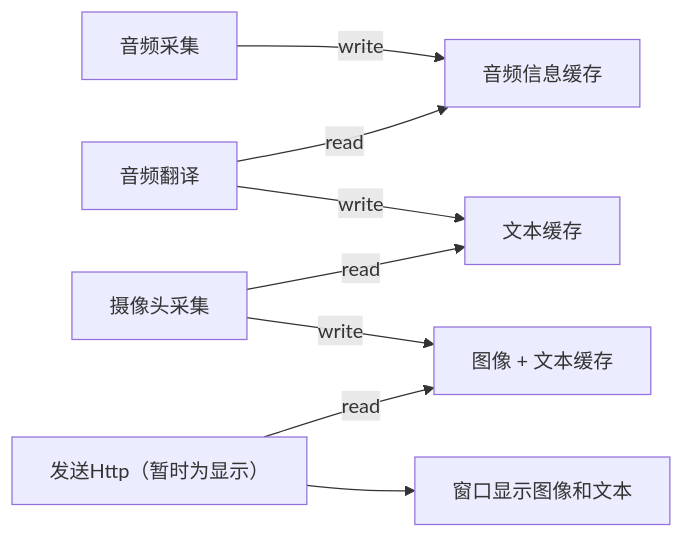
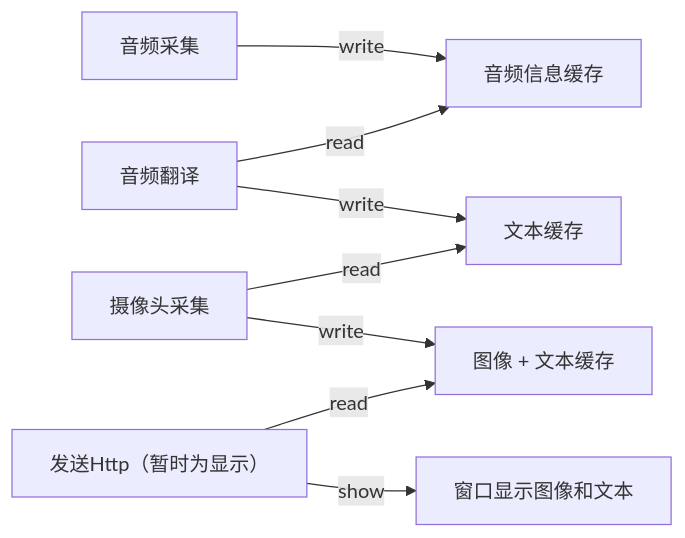
One commit to yeeting-dot/ai_vision_chat changed the diagram in README.md. Above: the diagram before and after it, drawn with Mermaid.

Commit message:
Fix typo in Send command in README

```diff
--- a/README.md
+++ b/README.md
@@ -29,18 +29,18 @@
 ~~~mermaid
 graph LR
 VoiceTake["音频采集"]
 VoiceMessCache["音频信息缓存"]
 AudioTranslate["音频翻译"]
 TextCache["文本缓存"]
 Viewer["摄像头采集"]
 SendObjectCache["图像 + 文本缓存"]
 Send["发送Http（暂时为显示）"]
 
 VoiceTake--write-->VoiceMessCache
 AudioTranslate--read-->VoiceMessCache
 AudioTranslate--write-->TextCache
 Viewer--read-->TextCache
 Viewer--write-->SendObjectCache
 Send--read-->SendObjectCache
-Send-->Show["窗口显示图像和文本"]
+Send--show-->Show["窗口显示图像和文本"]
 ~~~
```
